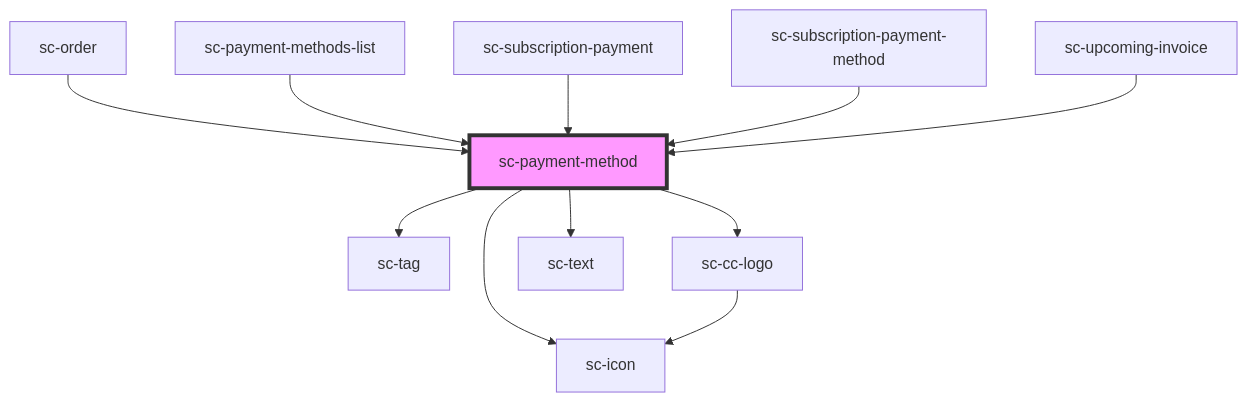
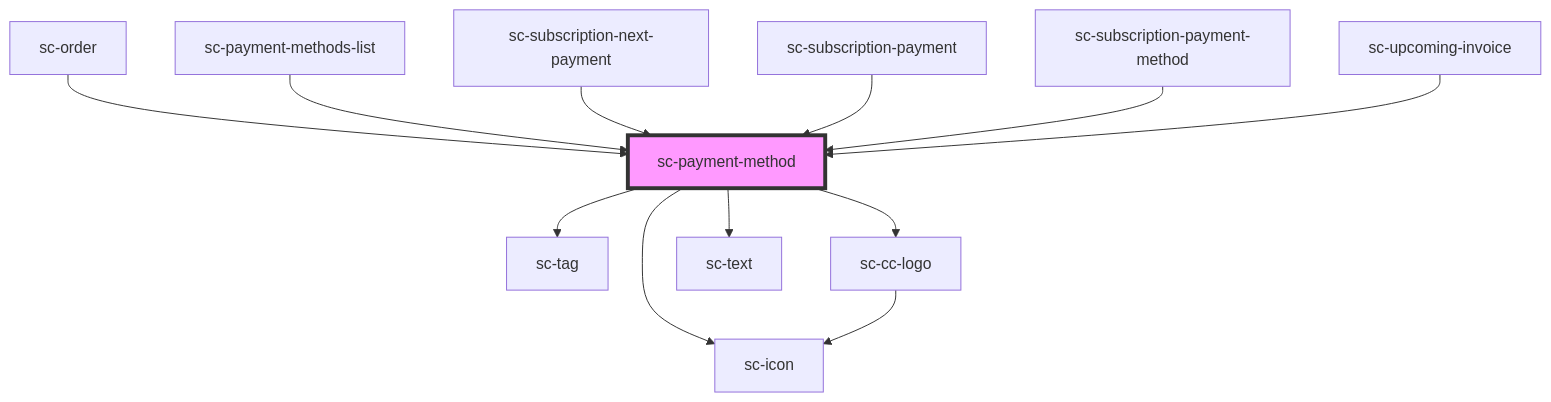
The diagram in packages/components/src/components/ui/sc-payment-method/readme.md (surecart/surecart-wp-plugin), drawn with Mermaid before and after one commit. The commit also changed other lines of this file and 44 other files, not shown here.

````diff
--- a/packages/components/src/components/ui/sc-payment-method/readme.md
+++ b/packages/components/src/components/ui/sc-payment-method/readme.md
@@ -43,14 +44,15 @@
 ```mermaid
 graph TD;
   sc-payment-method --> sc-tag
   sc-payment-method --> sc-cc-logo
   sc-payment-method --> sc-icon
   sc-payment-method --> sc-text
   sc-cc-logo --> sc-icon
   sc-order --> sc-payment-method
   sc-payment-methods-list --> sc-payment-method
+  sc-subscription-next-payment --> sc-payment-method
   sc-subscription-payment --> sc-payment-method
   sc-subscription-payment-method --> sc-payment-method
   sc-upcoming-invoice --> sc-payment-method
   style sc-payment-method fill:#f9f,stroke:#333,stroke-width:4px
 ```
````
